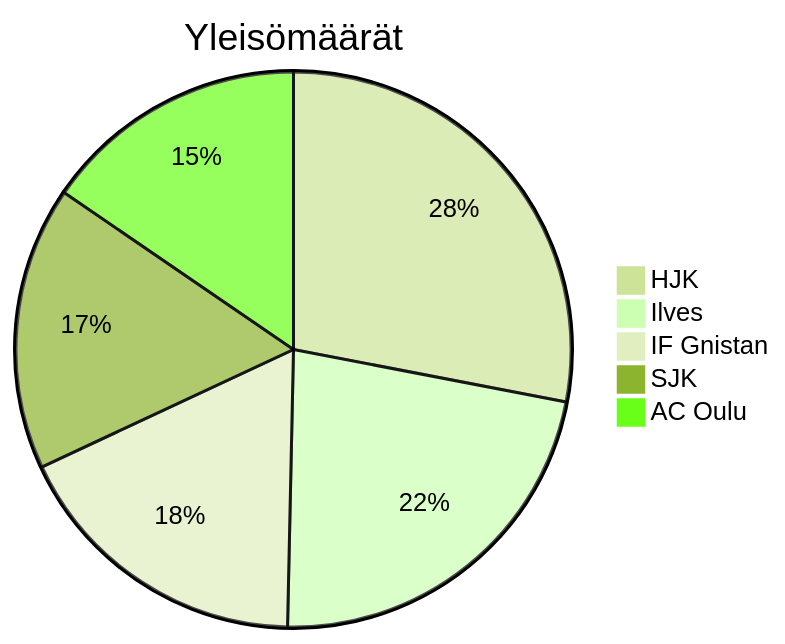
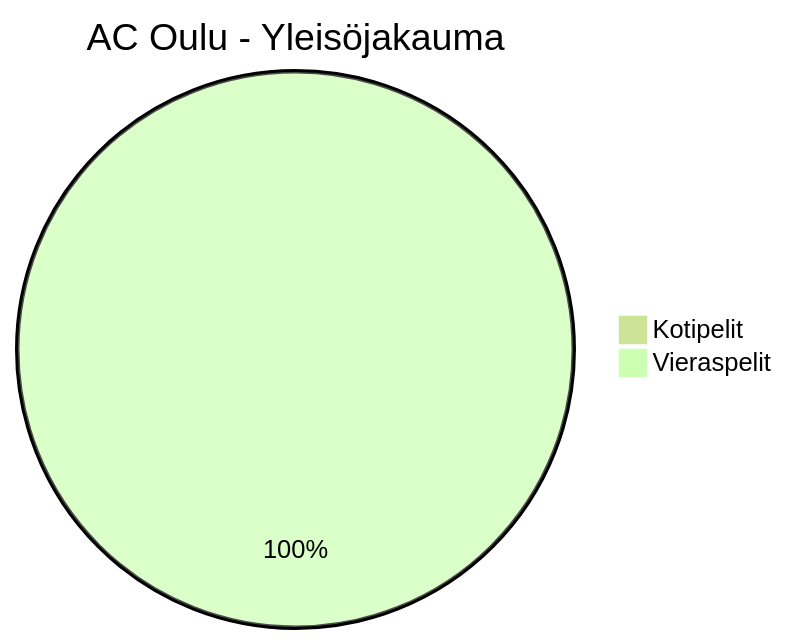
One commit to Linux88888/Veikkausliiga2025 changed the fourth of 27 diagrams in Yleisö2025.md. Above: the diagram before and after it, drawn with Mermaid (forest theme). The commit also changed other lines of this file, not shown here.

````diff
--- a/Yleisö2025.md
+++ b/Yleisö2025.md
@@ -16,8 +35,5 @@
 ```mermaid
-pie title Yleisömäärät
-    "HJK" : 17919
-    "Ilves" : 14268
-    "IF Gnistan" : 11321
-    "SJK" : 10553
-    "AC Oulu" : 9876
+pie title AC Oulu - Yleisöjakauma
+    "Kotipelit" : 0
+    "Vieraspelit" : 9876
 ```
````
